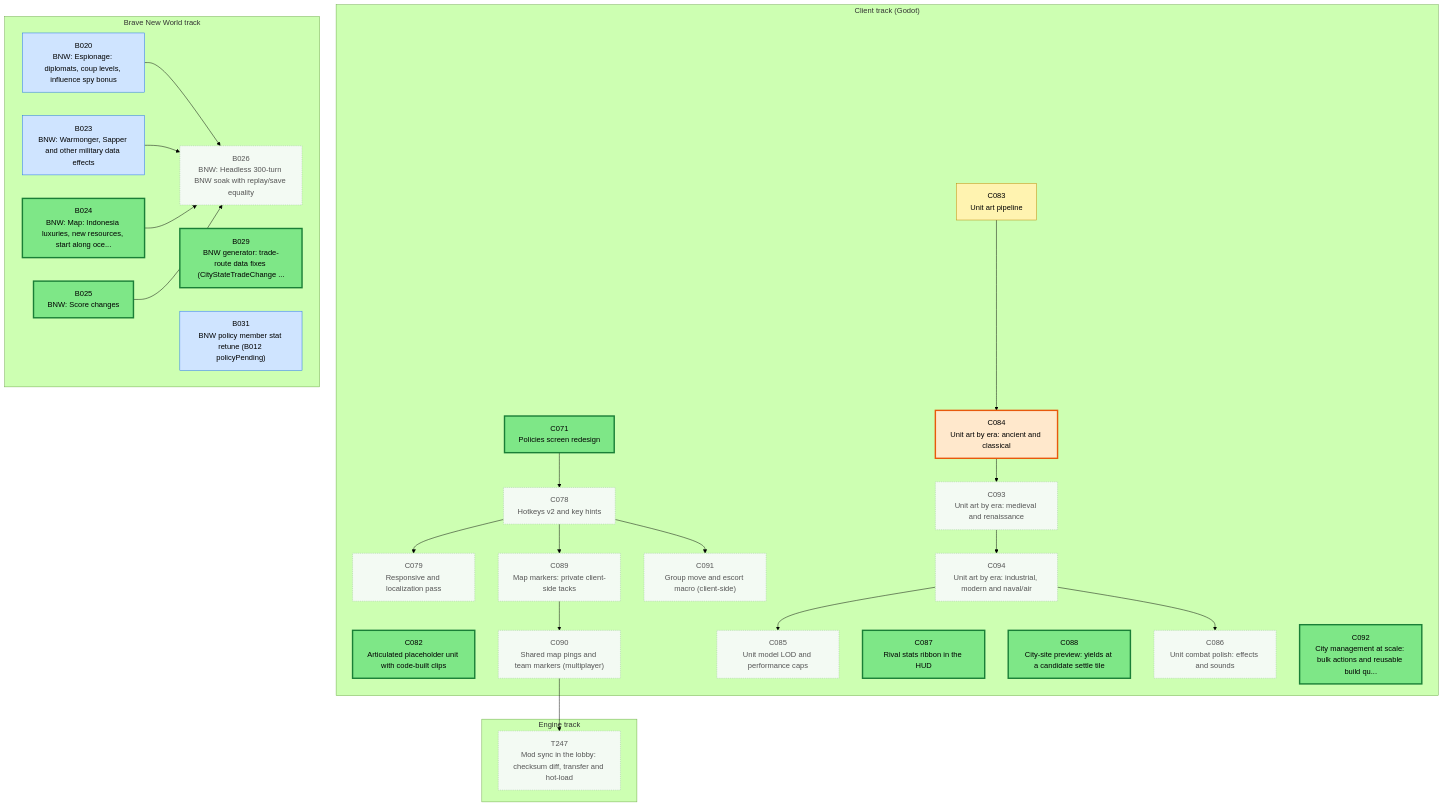
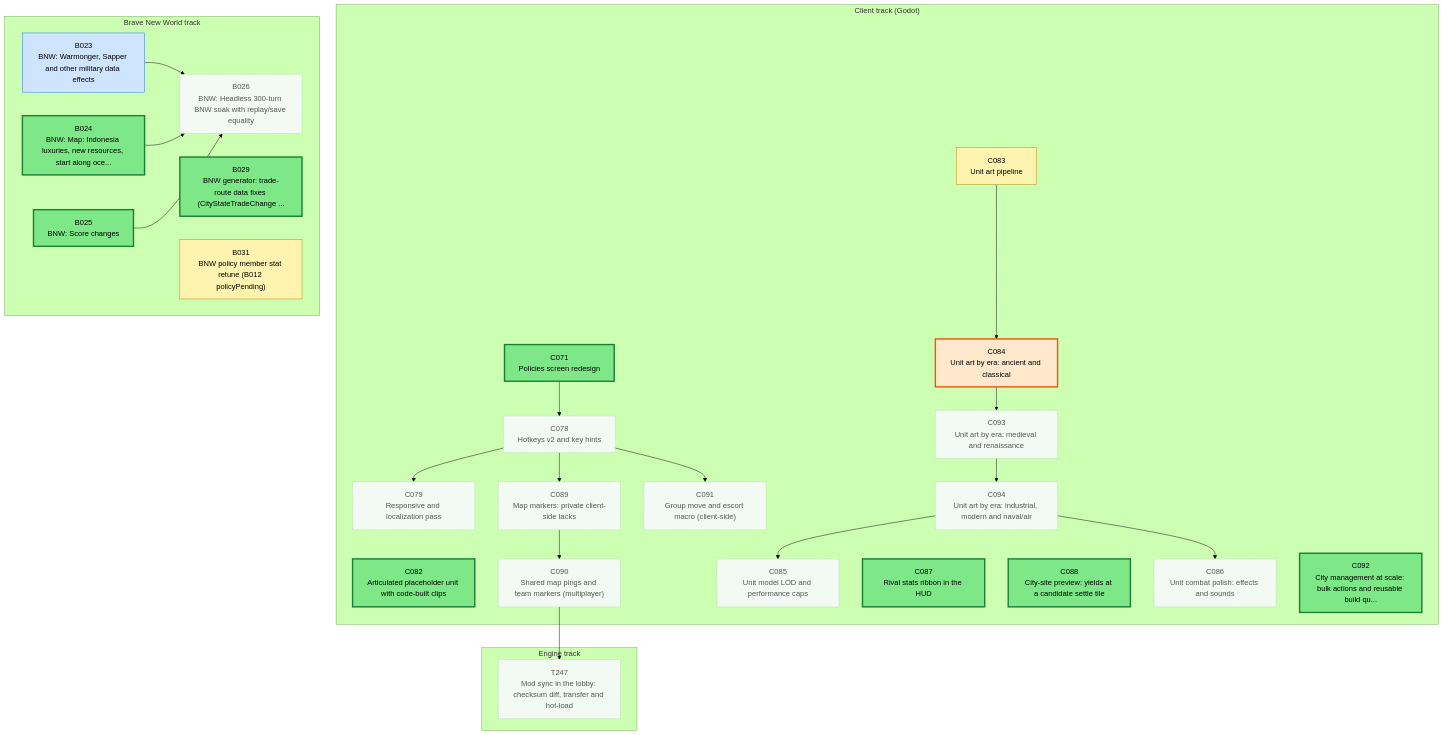
Before and after one commit to Kenmura/Unciv: the first of 3 diagrams in csharp/migration/DEPENDENCY_MAP.md, drawn with Mermaid (forest theme). The commit also changed other lines of this file and 1 other file, not shown here.

Commit message:
migration: review B020 pass [Adversarial Review]

````diff
--- a/csharp/migration/DEPENDENCY_MAP.md
+++ b/csharp/migration/DEPENDENCY_MAP.md
@@ -25,79 +25,76 @@
 ```mermaid
 flowchart TD
   subgraph TTRACK["Engine track"]
     T247["T247<br/>Mod sync in the lobby: checksum diff, transfer and hot-load"]
   end
   subgraph CTRACK["Client track (Godot)"]
     C071["C071<br/>Policies screen redesign"]
     C078["C078<br/>Hotkeys v2 and key hints"]
     C079["C079<br/>Responsive and localization pass"]
     C082["C082<br/>Articulated placeholder unit with code-built clips"]
     C083["C083<br/>Unit art pipeline"]
     C084["C084<br/>Unit art by era: ancient and classical"]
     C085["C085<br/>Unit model LOD and performance caps"]
     C086["C086<br/>Unit combat polish: effects and sounds"]
     C087["C087<br/>Rival stats ribbon in the HUD"]
     C088["C088<br/>City-site preview: yields at a candidate settle tile"]
     C089["C089<br/>Map markers: private client-side tacks"]
     C090["C090<br/>Shared map pings and team markers (multiplayer)"]
     C091["C091<br/>Group move and escort macro (client-side)"]
     C092["C092<br/>City management at scale: bulk actions and reusable build qu..."]
     C093["C093<br/>Unit art by era: medieval and renaissance"]
     C094["C094<br/>Unit art by era: industrial, modern and naval/air"]
   end
   subgraph BTRACK["Brave New World track"]
-    B020["B020<br/>BNW: Espionage: diplomats, coup levels, influence spy bonus"]
     B023["B023<br/>BNW: Warmonger, Sapper and other military data effects"]
     B024["B024<br/>BNW: Map: Indonesia luxuries, new resources, start along oce..."]
     B025["B025<br/>BNW: Score changes"]
     B026["B026<br/>BNW: Headless 300-turn BNW soak with replay/save equality"]
     B029["B029<br/>BNW generator: trade-route data fixes (CityStateTradeChange ..."]
     B031["B031<br/>BNW policy member stat retune (B012 policyPending)"]
   end
   C090 --> T247
   C071 --> C078
   C078 --> C079
   C083 --> C084
   C094 --> C085
   C094 --> C086
   C078 --> C089
   C089 --> C090
   C078 --> C091
   C084 --> C093
   C093 --> C094
-  B020 --> B026
   B023 --> B026
   B024 --> B026
   B025 --> B026
   classDef waiting fill:#f3faf3,stroke:#9bc49b,color:#555,stroke-dasharray:2 2
   classDef ondeck fill:#ffe8cc,stroke:#e8590c,stroke-width:3px,color:#000
   classDef ready fill:#7ee787,stroke:#1a7f37,stroke-width:3px,color:#000
   classDef prog fill:#fff3b0,stroke:#b58900,color:#000
   classDef review fill:#cfe4ff,stroke:#1f6feb,color:#000
   classDef blocked fill:#ffd6d6,stroke:#c62828,color:#000
   classDef done fill:#eeeeee,stroke:#999999,color:#666,stroke-dasharray:4 3
-  class B020 review
   class B023 review
   class B024 ready
   class B025 ready
   class B026 waiting
   class B029 ready
-  class B031 review
+  class B031 prog
   class C071 ready
   class C078 waiting
   class C079 waiting
   class C082 ready
   class C083 prog
   class C084 ondeck
   class C085 waiting
   class C086 waiting
   class C087 ready
   class C088 ready
   class C089 waiting
   class C090 waiting
   class C091 waiting
   class C092 ready
   class C093 waiting
   class C094 waiting
   class T247 waiting
 ```
````
